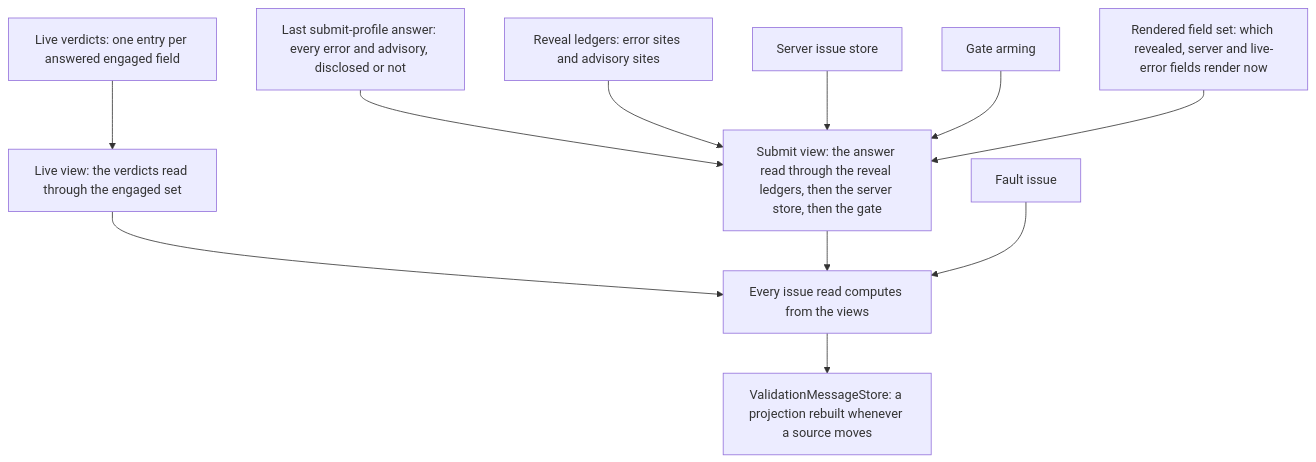
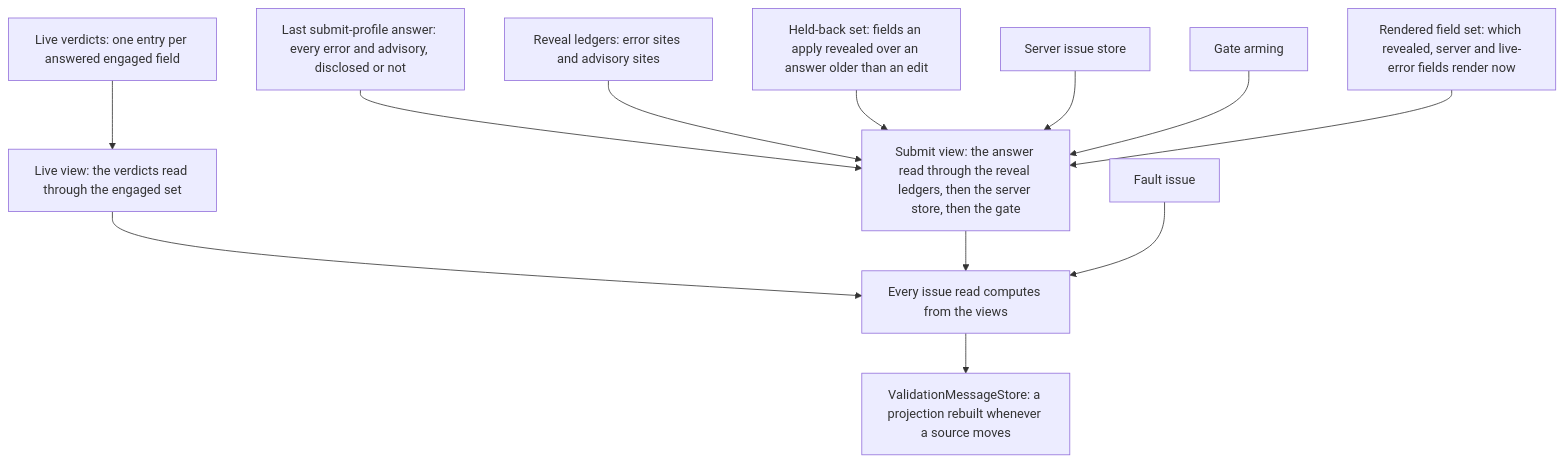
The diagram in docs/how-the-engine-works.md (xfunc-pty-ltd/formidable), drawn with Mermaid before and after one commit. The commit also changed other lines of this file and 5 other files, not shown here.

````diff
--- a/docs/how-the-engine-works.md
+++ b/docs/how-the-engine-works.md
@@ -41,13 +45,14 @@
 ```mermaid
 flowchart TD
     LV["Live verdicts: one entry per answered engaged field"] --> LIVE["Live view: the verdicts read through the engaged set"]
     SV["Last submit-profile answer: every error and advisory, disclosed or not"] --> SUB["Submit view: the answer read through the reveal ledgers, then the server store, then the gate"]
     RL["Reveal ledgers: error sites and advisory sites"] --> SUB
+    HB["Held-back set: fields an apply revealed over an answer older than an edit"] --> SUB
     SS["Server issue store"] --> SUB
     GA["Gate arming"] --> SUB
     RF["Rendered field set: which revealed, server and live-error fields render now"] --> SUB
     LIVE --> READ["Every issue read computes from the views"]
     SUB --> READ
     FI["Fault issue"] --> READ
     READ --> STORE["ValidationMessageStore: a projection rebuilt whenever a source moves"]
 ```
````
